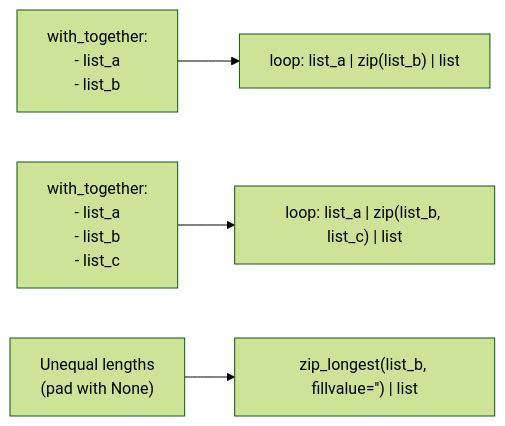
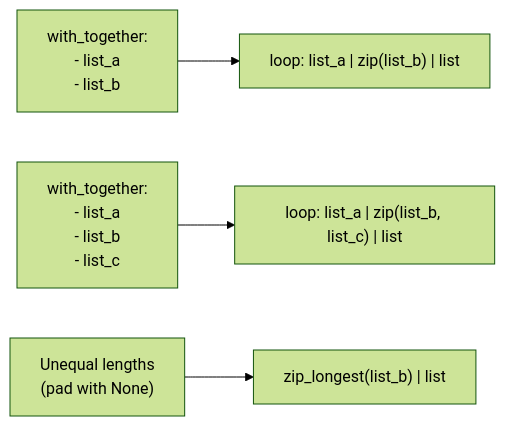
Before and after one commit to OneUptime/blog: the diagram in posts/2026-02-21-how-to-migrate-from-with-together-to-loop-in-ansible/README.md, drawn with Mermaid (forest theme). The commit also changed other lines of this file and 2 other files, not shown here.

````diff
--- a/posts/2026-02-21-how-to-migrate-from-with-together-to-loop-in-ansible/README.md
+++ b/posts/2026-02-21-how-to-migrate-from-with-together-to-loop-in-ansible/README.md
@@ -309,6 +310,6 @@
 ```mermaid
 flowchart LR
     A["with_together:<br/>- list_a<br/>- list_b"] --> B["loop: list_a | zip(list_b) | list"]
     C["with_together:<br/>- list_a<br/>- list_b<br/>- list_c"] --> D["loop: list_a | zip(list_b, list_c) | list"]
-    E["Unequal lengths<br/>(pad with None)"] --> F["zip_longest(list_b, fillvalue='') | list"]
+    E["Unequal lengths<br/>(pad with None)"] --> F["zip_longest(list_b) | list"]
 ```
````
